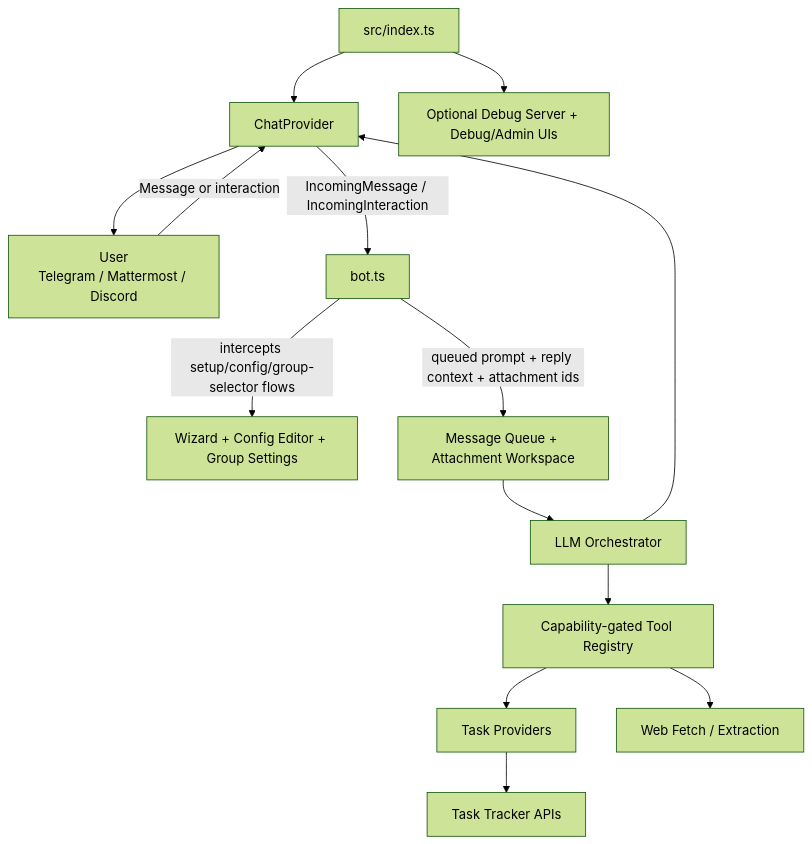
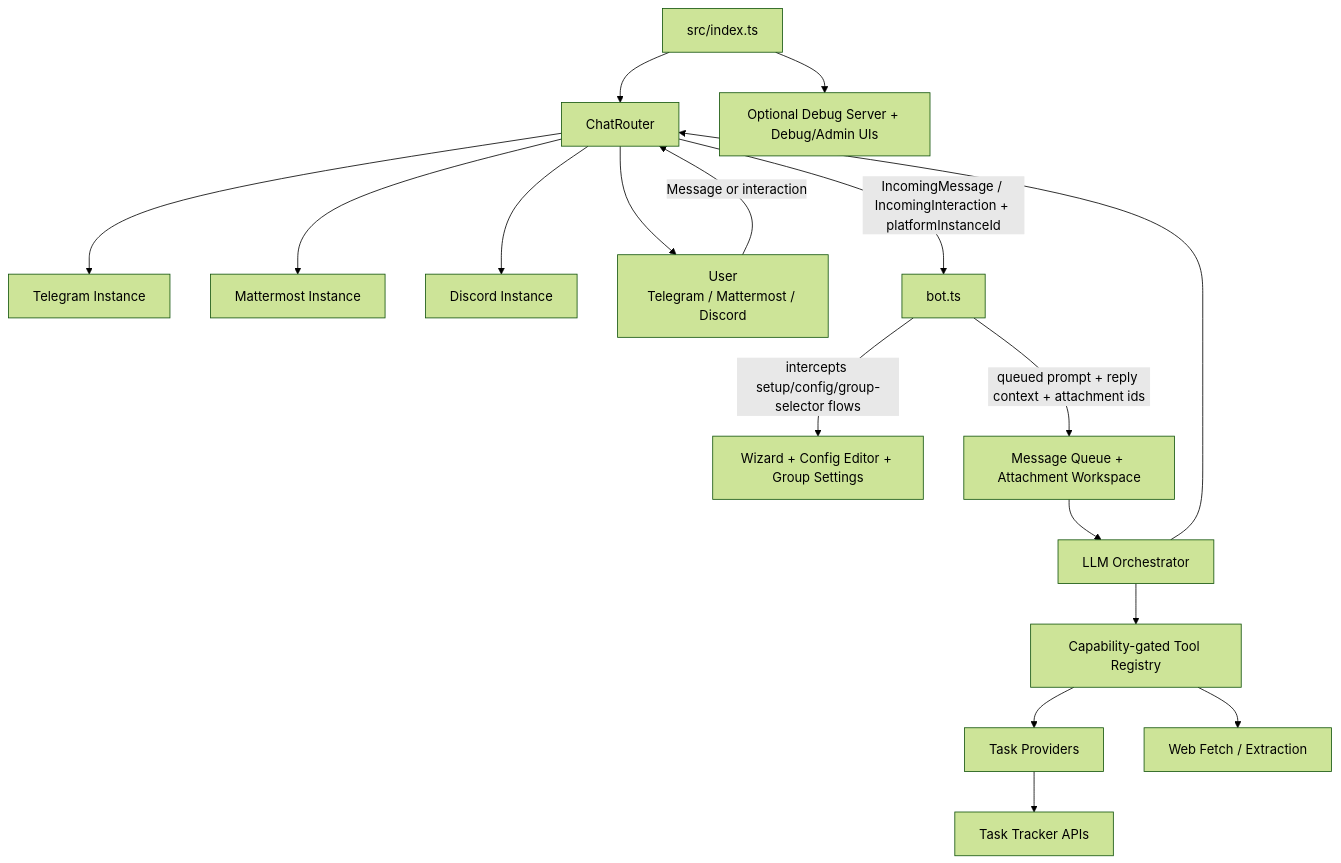
Before and after one commit to yourpapai/papai: the diagram in README.md, drawn with Mermaid (forest theme). The commit also changed other lines of this file and 5 other files, not shown here.

Commit message:
docs: align multi-provider runtime guidance

````diff
--- a/README.md
+++ b/README.md
@@ -149,16 +154,19 @@
 ```mermaid
 flowchart TD
-    Runtime[src/index.ts] --> CP[ChatProvider]
+    Runtime[src/index.ts] --> Router[ChatRouter]
     Runtime --> Debug[Optional Debug Server + Debug/Admin UIs]
-    User[User<br>Telegram / Mattermost / Discord] -->|Message or interaction| CP
-    CP -->|IncomingMessage / IncomingInteraction| Bot[bot.ts]
+    Router --> CP1[Telegram Instance]
+    Router --> CP2[Mattermost Instance]
+    Router --> CP3[Discord Instance]
+    User[User<br>Telegram / Mattermost / Discord] -->|Message or interaction| Router
+    Router -->|IncomingMessage / IncomingInteraction + platformInstanceId| Bot[bot.ts]
     Bot -->|intercepts setup/config/group-selector flows| Intercept[Wizard + Config Editor + Group Settings]
     Bot -->|queued prompt + reply context + attachment ids| Queue[Message Queue + Attachment Workspace]
     Queue --> LLM[LLM Orchestrator]
     LLM --> Tools[Capability-gated Tool Registry]
     Tools --> Providers[Task Providers]
     Providers --> APIs[Task Tracker APIs]
     Tools --> Web[Web Fetch / Extraction]
-    LLM --> CP
-    CP --> User
+    LLM --> Router
+    Router --> User
 ```
````
